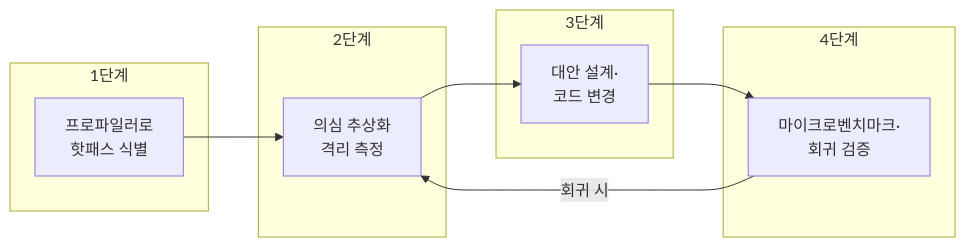
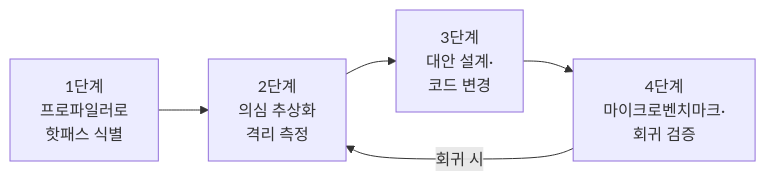
Before and after one commit to 42jerrykim/42jerrykim.github.io: the diagram in content/collection/optimization-01-cpp-language/00-introduction/index.md, drawn with Mermaid. The commit also changed 3 other files, not shown here.

First line of the commit message:
fix(cpp-optimization): fix mermaid syntax errors in optimization-01-cpp-language

````diff
--- a/content/collection/optimization-01-cpp-language/00-introduction/index.md
+++ b/content/collection/optimization-01-cpp-language/00-introduction/index.md
@@ -258,17 +258,6 @@
 ```mermaid
 flowchart LR
-  subgraph step1 [1단계]
-    A["프로파일러로</br>핫패스 식별"]
-  end
-  subgraph step2 [2단계]
-    B["의심 추상화</br>격리 측정"]
-  end
-  subgraph step3 [3단계]
-    C["대안 설계·</br>코드 변경"]
-  end
-  subgraph step4 [4단계]
-    D["마이크로벤치마크·</br>회귀 검증"]
-  end
-  A --> B --> C --> D
-  D -->|"회귀 시"| B
+  A["1단계<br/>프로파일러로<br/>핫패스 식별"] --> B["2단계<br/>의심 추상화<br/>격리 측정"]
+  B --> C["3단계<br/>대안 설계·<br/>코드 변경"] --> D["4단계<br/>마이크로벤치마크·<br/>회귀 검증"]
+  D -->|회귀 시| B
 ```
````
